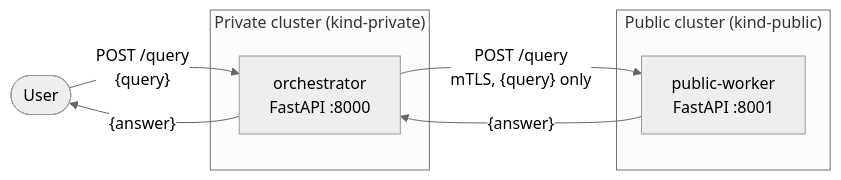
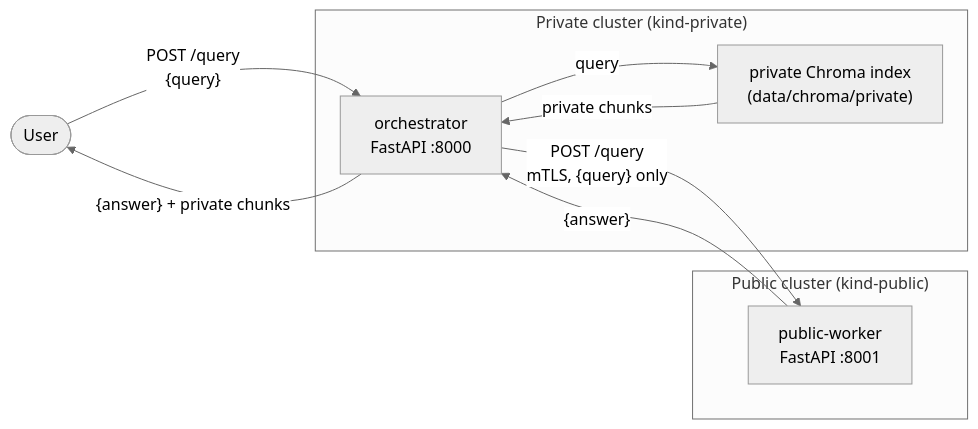
The diagram in README.md (Jibril-Frej/hybrid_cloud_agents), drawn with Mermaid (neutral theme) before and after one commit. The commit also changed other lines of this file and 2 other files, not shown here.

````diff
--- a/README.md
+++ b/README.md
@@ -26,17 +30,20 @@
 ```mermaid
 flowchart LR
     User(["User"])
 
     subgraph Private["Private cluster (kind-private)"]
         Orchestrator["orchestrator\nFastAPI :8000"]
+        Chroma["private Chroma index\n(data/chroma/private)"]
+        Orchestrator -->|"query"| Chroma
+        Chroma -->|"private chunks"| Orchestrator
     end
 
     subgraph Public["Public cluster (kind-public)"]
         PublicWorker["public-worker\nFastAPI :8001"]
     end
 
     User -->|"POST /query\n{query}"| Orchestrator
     Orchestrator -->|"POST /query\nmTLS, {query} only"| PublicWorker
     PublicWorker -->|"{answer}"| Orchestrator
-    Orchestrator -->|"{answer}"| User
+    Orchestrator -->|"{answer} + private chunks"| User
 ```
````
